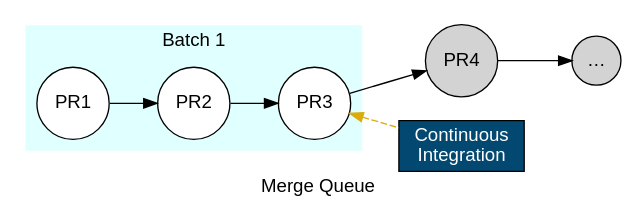
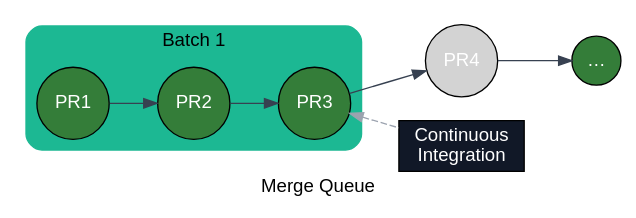
Before and after one commit to Mergifyio/docs: the diagram in src/content/docs/merge-queue/batches.mdx, drawn with Graphviz. The commit also changed other lines of this file and 3 other files, not shown here.

````diff
--- a/src/content/docs/merge-queue/batches.mdx
+++ b/src/content/docs/merge-queue/batches.mdx
@@ -50,27 +50,29 @@
 ```dot class="graph"
 strict digraph {
     fontname="sans-serif";
     rankdir="LR";
     label="Merge Queue"
 
-    node [style=filled, shape=circle, fontcolor="black", fontname="sans-serif"];
-    edge [color="black", arrowhead=none, fontname="sans-serif", arrowhead=normal];
+    node [style=filled, shape=circle, fontcolor="white", fontname="sans-serif"];
+    edge [color="#374151", arrowhead=none, fontname="sans-serif", arrowhead=normal];
 
     subgraph cluster_batch_0 {
-        style=filled;
-        color=lightcyan;
-        node [style=filled, color=black, fillcolor=white];
+        style="rounded,filled";
+        color="#1CB893";
+        fillcolor="#1CB893";
+        fontcolor="#000000";
+        node [style=filled, color="black", fillcolor="#347D39", fontcolor="white"];
         PR1 -> PR2;
         PR2 -> PR3;
         label = "Batch 1";
     }
 
     PR3 -> PR4;
     PR4 -> PR5;
-    PR5 [label="…"];
+    PR5 [label="…", fillcolor="#347D39"];
 
-    CI [label="Continuous\nIntegration", fixedsize=false, style="filled", fillcolor="#034870", fontcolor=white, shape=rectangle]
-    edge [arrowhead=none, style=dashed, arrowtail=normal, color="#DBAB0A", dir=both, fontcolor="#DBAB0A", fontsize="6pt"];
+    CI [label="Continuous\nIntegration", fixedsize=false, style="filled", fillcolor="#111827", fontcolor=white, shape=rectangle]
+    edge [arrowhead=none, style=dashed, arrowtail=normal, color="#9CA3AF", dir=both, fontcolor="#9CA3AF", fontsize="6pt"];
     PR3 -> CI;
 }
 ```
````
